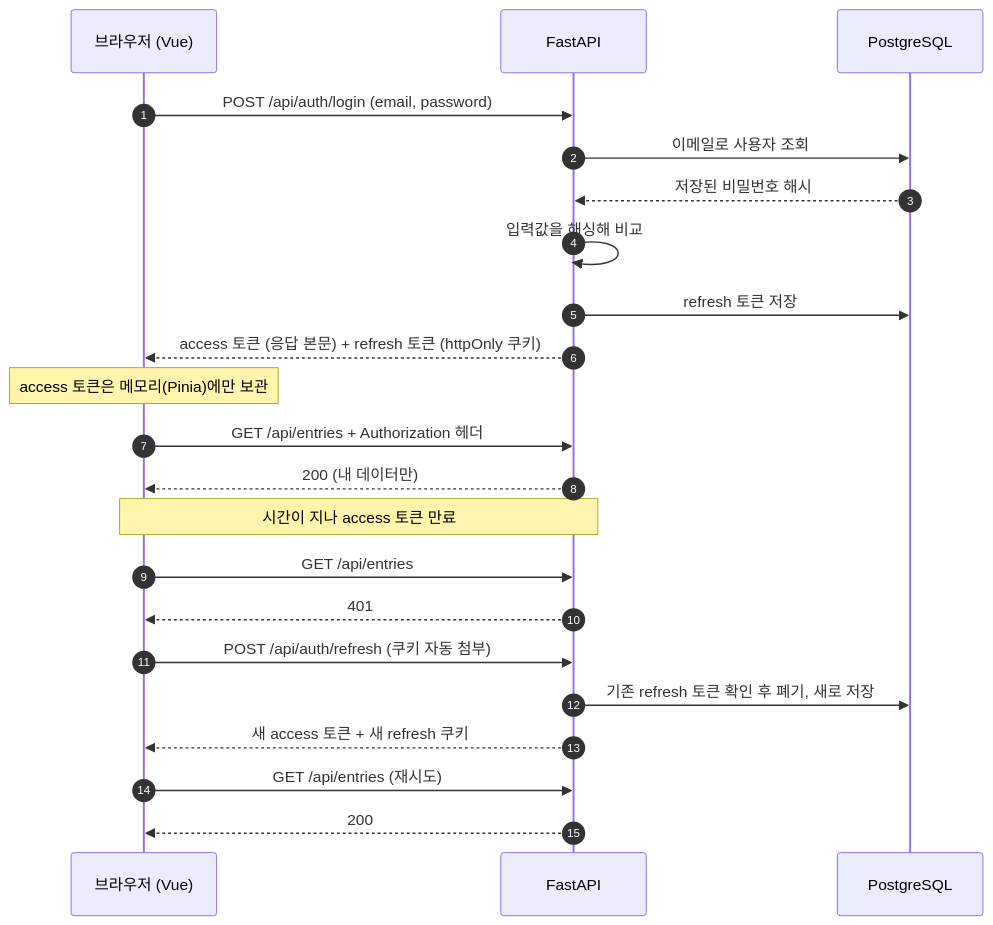
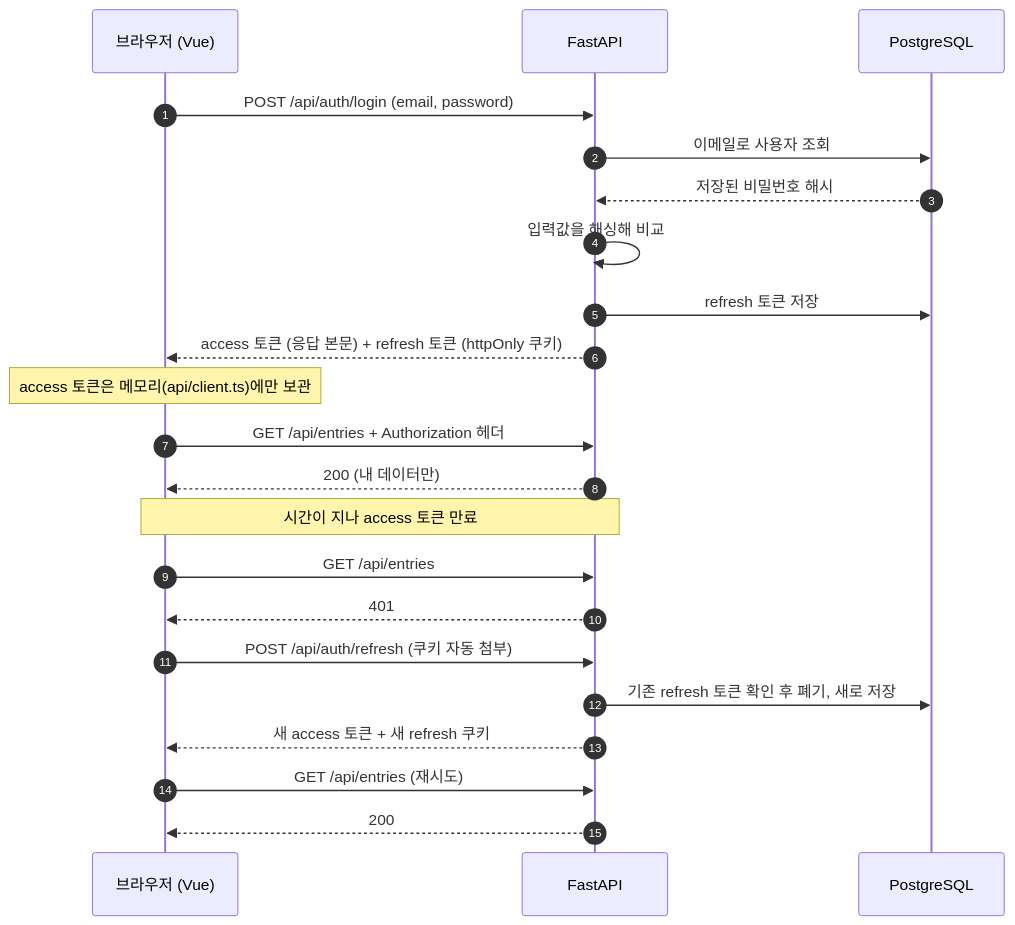
Before and after one commit to sagming40/PlayLedger: the fifth of 8 diagrams in docs/ARCHITECTURE.md, drawn with Mermaid. The commit also changed other lines of this file and 8 other files, not shown here.

First line of the commit message:
docs(M2): API 명세를 ARCHITECTURE 3장으로 합치고 기술 근거를 decisions로

````diff
--- a/docs/ARCHITECTURE.md
+++ b/docs/ARCHITECTURE.md
@@ -201,27 +356,27 @@
 ```mermaid
 sequenceDiagram
     autonumber
     participant B as 브라우저 (Vue)
     participant A as FastAPI
     participant D as PostgreSQL
 
     B->>A: POST /api/auth/login (email, password)
     A->>D: 이메일로 사용자 조회
     D-->>A: 저장된 비밀번호 해시
     A->>A: 입력값을 해싱해 비교
     A->>D: refresh 토큰 저장
     A-->>B: access 토큰 (응답 본문) + refresh 토큰 (httpOnly 쿠키)
-    Note over B: access 토큰은 메모리(Pinia)에만 보관
+    Note over B: access 토큰은 메모리(api/client.ts)에만 보관
 
     B->>A: GET /api/entries + Authorization 헤더
     A-->>B: 200 (내 데이터만)
 
     Note over B,A: 시간이 지나 access 토큰 만료
     B->>A: GET /api/entries
     A-->>B: 401
     B->>A: POST /api/auth/refresh (쿠키 자동 첨부)
     A->>D: 기존 refresh 토큰 확인 후 폐기, 새로 저장
     A-->>B: 새 access 토큰 + 새 refresh 쿠키
     B->>A: GET /api/entries (재시도)
     A-->>B: 200
 ```
````
